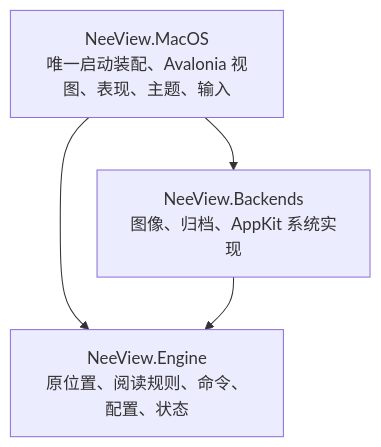
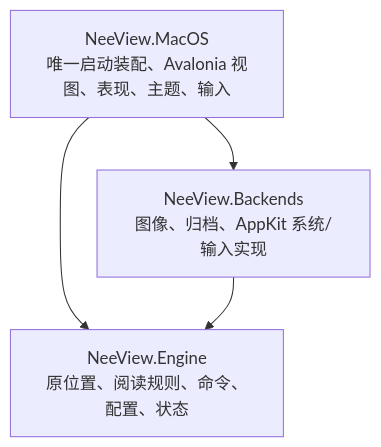
Before and after one commit to ump45nose/NeeView: the diagram in portable/docs/architecture.md, drawn with Mermaid. The commit also changed other lines of this file and 48 other files, not shown here.

First line of the commit message:
feat: [NeeView/P2] 迁入完整菜单占位与阅读导航首批能力

````diff
--- a/portable/docs/architecture.md
+++ b/portable/docs/architecture.md
@@ -13,6 +13,6 @@
 ```mermaid
 flowchart TB
   Mac["NeeView.MacOS\n唯一启动装配、Avalonia 视图、表现、主题、输入"] --> Engine["NeeView.Engine\n原位置、阅读规则、命令、配置、状态"]
-  Mac --> Backends["NeeView.Backends\n图像、归档、AppKit 系统实现"]
+  Mac --> Backends["NeeView.Backends\n图像、归档、AppKit 系统/输入实现"]
   Backends --> Engine
 ```
````
